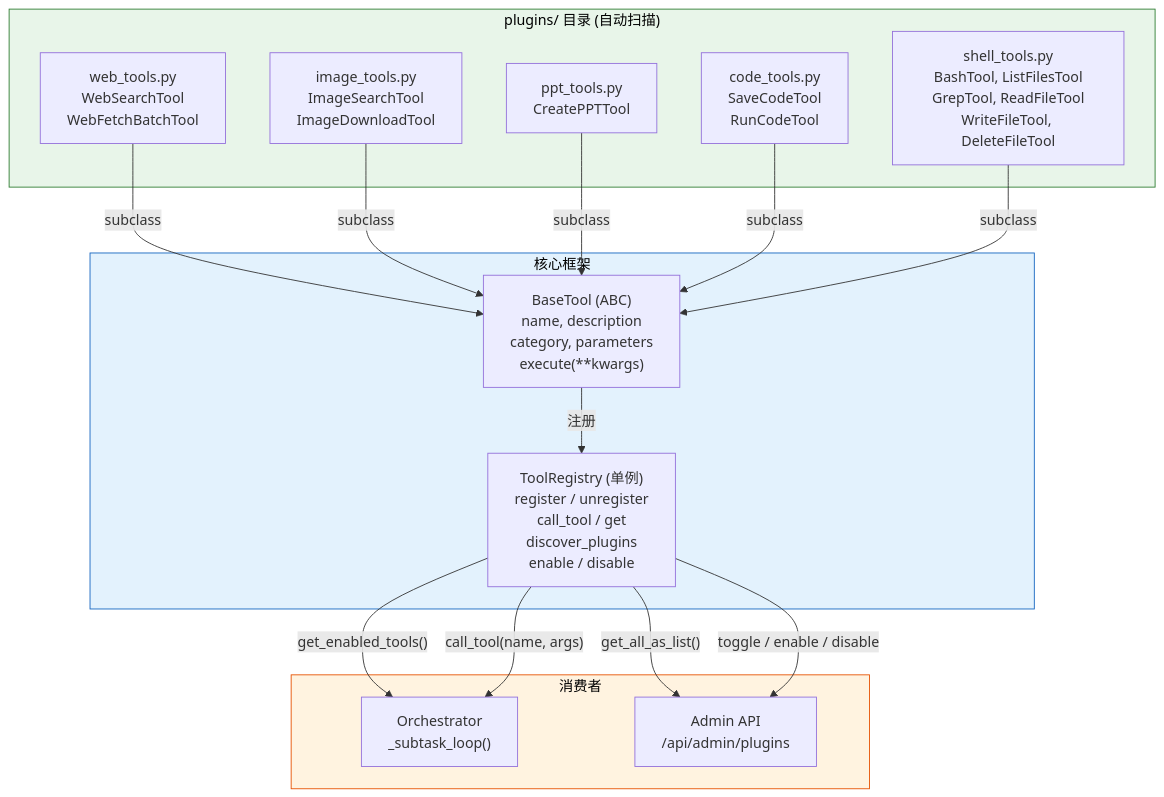
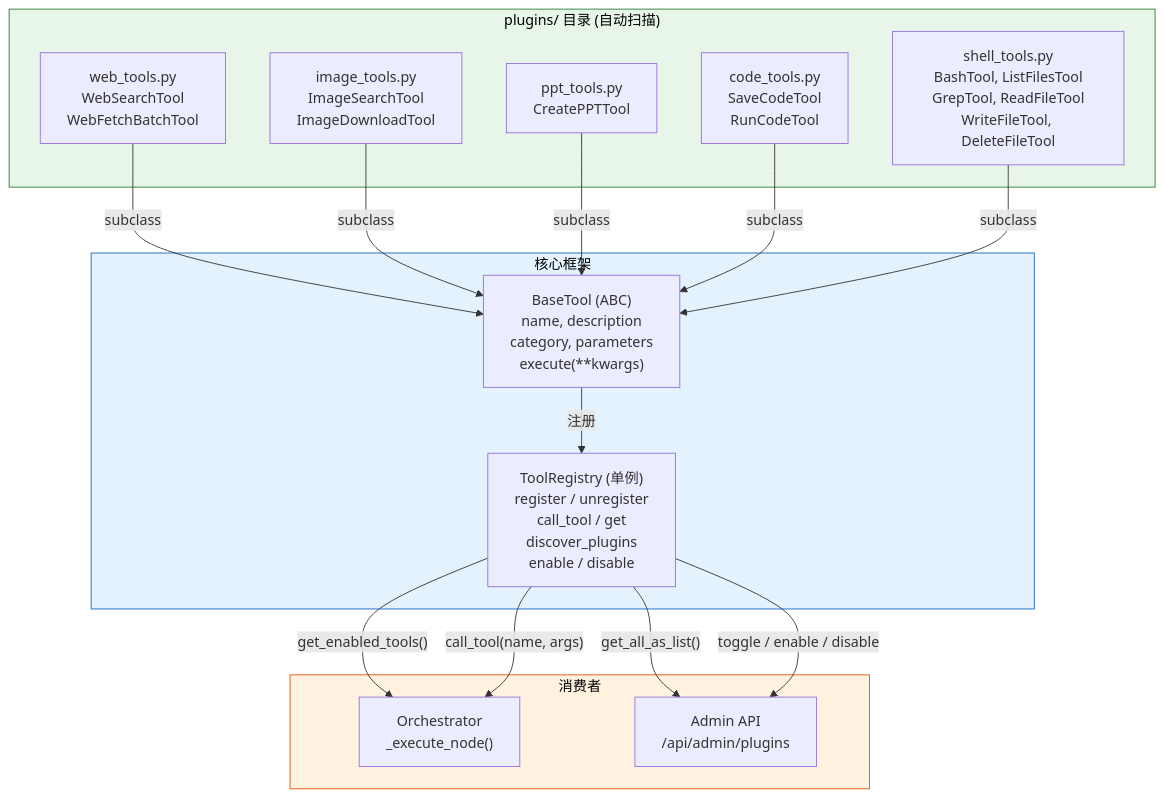
Before and after one commit to jimmylang74/Helix: the ninth of 16 diagrams in doc/design.md, drawn with Mermaid. The commit also changed other lines of this file and 1 other file, not shown here.

First line of the commit message:
[docs] Update README and design doc for three-phase DAG architecture

````diff
--- a/doc/design.md
+++ b/doc/design.md
@@ -557,36 +582,36 @@
 ```mermaid
 graph TB
     subgraph PluginDir["plugins/ 目录 (自动扫描)"]
         WT["web_tools.py<br/>WebSearchTool<br/>WebFetchBatchTool"]
         IT["image_tools.py<br/>ImageSearchTool<br/>ImageDownloadTool"]
         PT["ppt_tools.py<br/>CreatePPTTool"]
         CT["code_tools.py<br/>SaveCodeTool<br/>RunCodeTool"]
         ST["shell_tools.py<br/>BashTool, ListFilesTool<br/>GrepTool, ReadFileTool<br/>WriteFileTool, DeleteFileTool"]
     end
 
     subgraph Core["核心框架"]
         BT["BaseTool (ABC)<br/>name, description<br/>category, parameters<br/>execute(**kwargs)"]
         TR["ToolRegistry (单例)<br/>register / unregister<br/>call_tool / get<br/>discover_plugins<br/>enable / disable"]
     end
 
     subgraph Consumer["消费者"]
-        ORCH["Orchestrator<br/>_subtask_loop()"]
+        ORCH["Orchestrator<br/>_execute_node()"]
         ADMIN["Admin API<br/>/api/admin/plugins"]
     end
 
     WT -->|subclass| BT
     IT -->|subclass| BT
     PT -->|subclass| BT
     CT -->|subclass| BT
     ST -->|subclass| BT
 
     BT -->|注册| TR
     TR -->|"get_enabled_tools()"| ORCH
     TR -->|"get_all_as_list()"| ADMIN
     TR -->|"call_tool(name, args)"| ORCH
     TR -->|toggle / enable / disable| ADMIN
 
     style PluginDir fill:#e8f5e9,stroke:#2e7d32,color:#000
     style Core fill:#e3f2fd,stroke:#1565c0,color:#000
     style Consumer fill:#fff3e0,stroke:#e65100,color:#000
 ```
````
